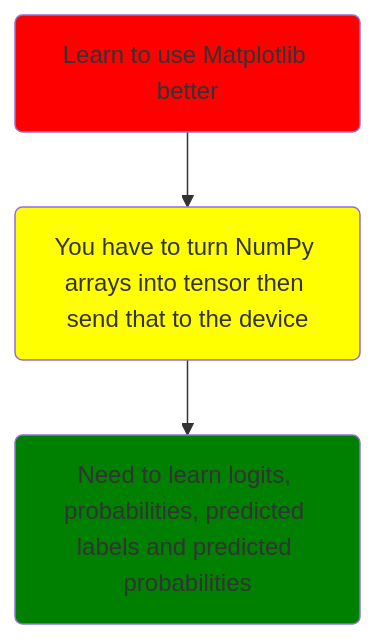
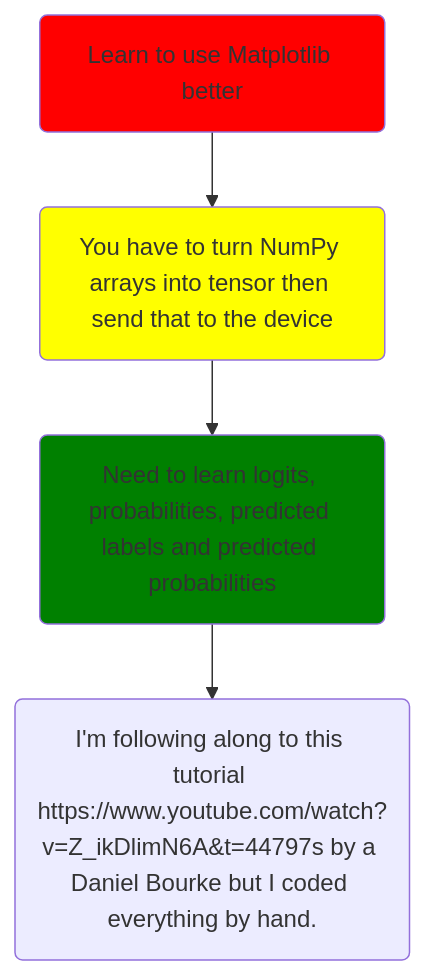
The diagram in README.md (ninjaofpython/pytorch_basics), drawn with Mermaid before and after one commit.

Commit message:
Added in source material in the README.md

````diff
--- a/README.md
+++ b/README.md
@@ -1,20 +1,24 @@
 ```mermaid
     flowchart TD
     
     id(Learn to use Matplotlib better)
 
     style id fill:red
 
     id2(You have to turn NumPy arrays into tensor then send that to the device)
 
     style id2 fill:yellow
 
     id-->id2
 
     id3(Need to learn logits, probabilities, predicted labels and predicted probabilities)
 
     style id3 fill:green
 
     id2-->id3 
 
+    id4(I'm following along to this tutorial https://www.youtube.com/watch?v=Z_ikDlimN6A&t=44797s by a Daniel Bourke but I coded everything by hand.)
+
+    id3-->id4
+
 ```
````
